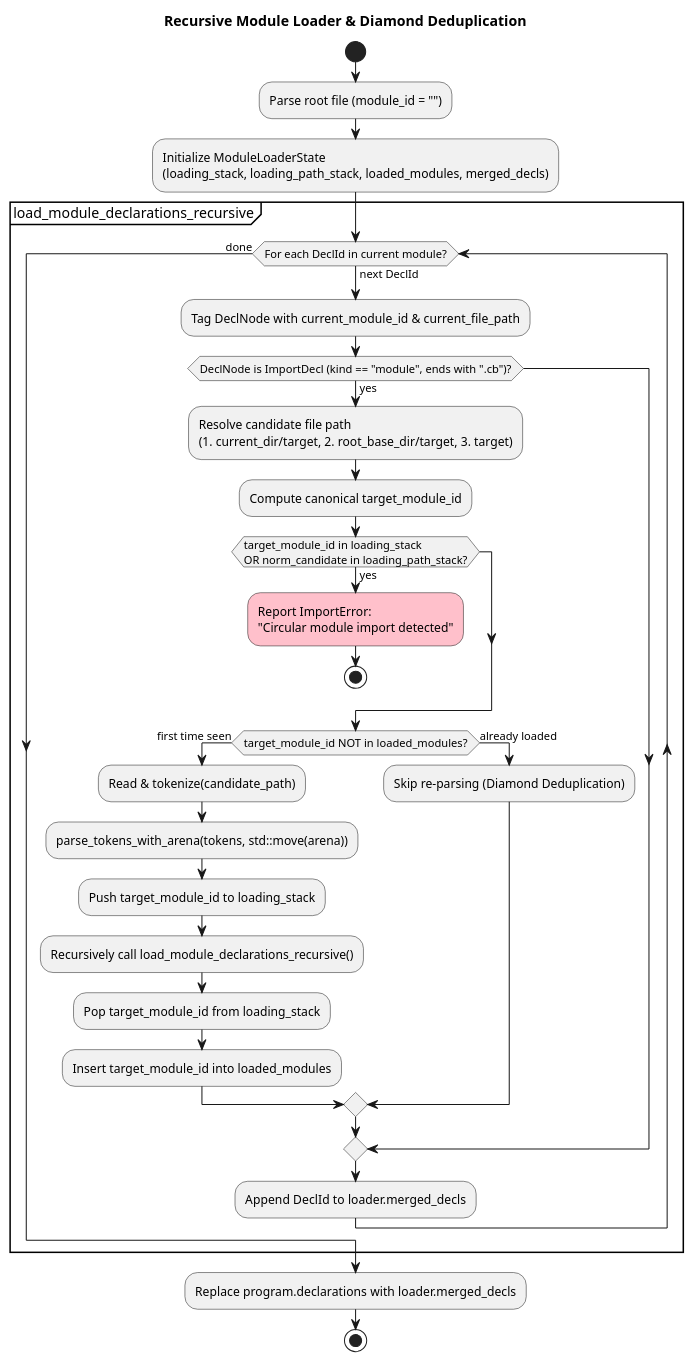
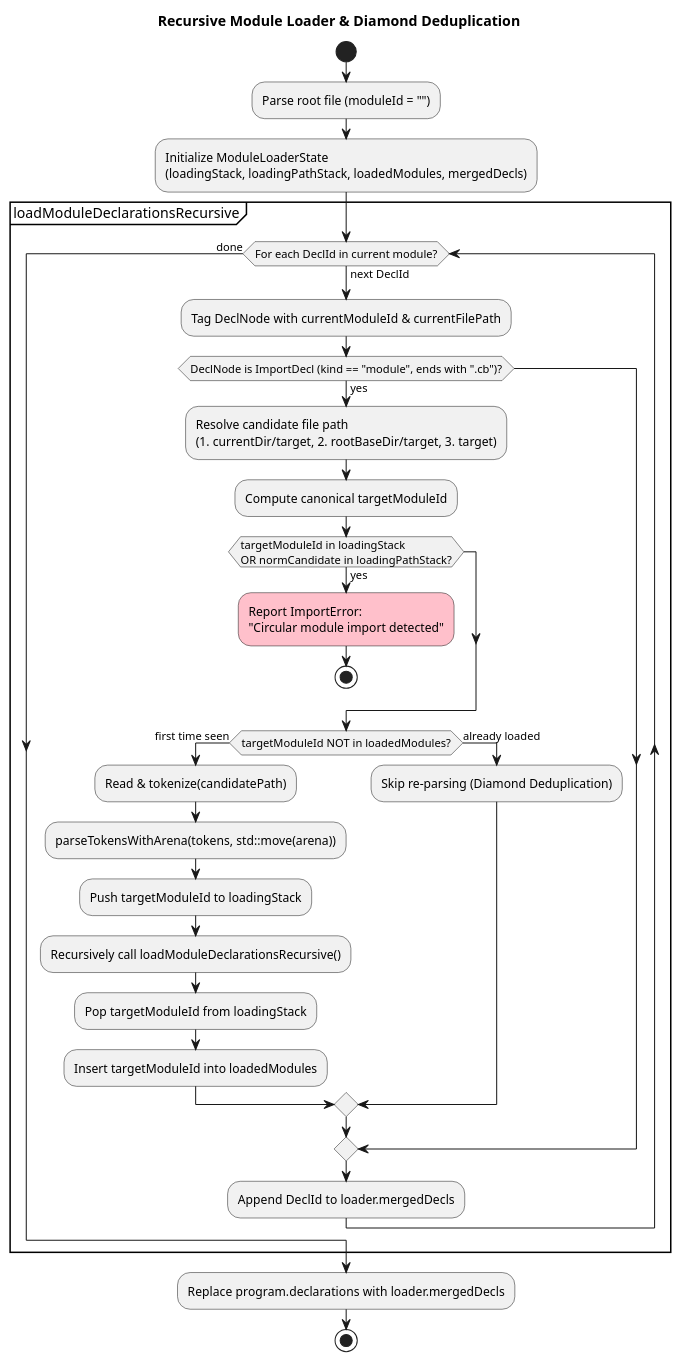
One commit to lawson89/clean_basic changed the diagram in docs/modules_and_symbols.md. Above: the diagram before and after it, drawn with PlantUML. The commit also changed other lines of this file and 46 other files, not shown here.

````diff
--- a/docs/modules_and_symbols.md
+++ b/docs/modules_and_symbols.md
@@ -56,42 +56,42 @@
 ```plantuml
 @startuml
 skinparam monochrome false
 title Recursive Module Loader & Diamond Deduplication
 
 start
-:Parse root file (module_id = "");
+:Parse root file (moduleId = "");
 :Initialize ModuleLoaderState
-(loading_stack, loading_path_stack, loaded_modules, merged_decls);
+(loadingStack, loadingPathStack, loadedModules, mergedDecls);
 
-partition "load_module_declarations_recursive" {
+partition "loadModuleDeclarationsRecursive" {
   while (For each DeclId in current module?) is (next DeclId)
-    :Tag DeclNode with current_module_id & current_file_path;
+    :Tag DeclNode with currentModuleId & currentFilePath;
     if (DeclNode is ImportDecl (kind == "module", ends with ".cb")?) then (yes)
       :Resolve candidate file path
-(1. current_dir/target, 2. root_base_dir/target, 3. target);
-      :Compute canonical target_module_id;
-      if (target_module_id in loading_stack
-OR norm_candidate in loading_path_stack?) then (yes)
+(1. currentDir/target, 2. rootBaseDir/target, 3. target);
+      :Compute canonical targetModuleId;
+      if (targetModuleId in loadingStack
+OR normCandidate in loadingPathStack?) then (yes)
         #pink:Report ImportError:
 "Circular module import detected";
         stop
       endif
-      if (target_module_id NOT in loaded_modules?) then (first time seen)
-        :Read & tokenize(candidate_path);
-        :parse_tokens_with_arena(tokens, std::move(arena));
-        :Push target_module_id to loading_stack;
-        :Recursively call load_module_declarations_recursive();
-        :Pop target_module_id from loading_stack;
-        :Insert target_module_id into loaded_modules;
+      if (targetModuleId NOT in loadedModules?) then (first time seen)
+        :Read & tokenize(candidatePath);
+        :parseTokensWithArena(tokens, std::move(arena));
+        :Push targetModuleId to loadingStack;
+        :Recursively call loadModuleDeclarationsRecursive();
+        :Pop targetModuleId from loadingStack;
+        :Insert targetModuleId into loadedModules;
       else (already loaded)
         :Skip re-parsing (Diamond Deduplication);
       endif
     endif
-    :Append DeclId to loader.merged_decls;
+    :Append DeclId to loader.mergedDecls;
   endwhile (done)
 }
 
-:Replace program.declarations with loader.merged_decls;
+:Replace program.declarations with loader.mergedDecls;
 stop
 @enduml
 ```
````
